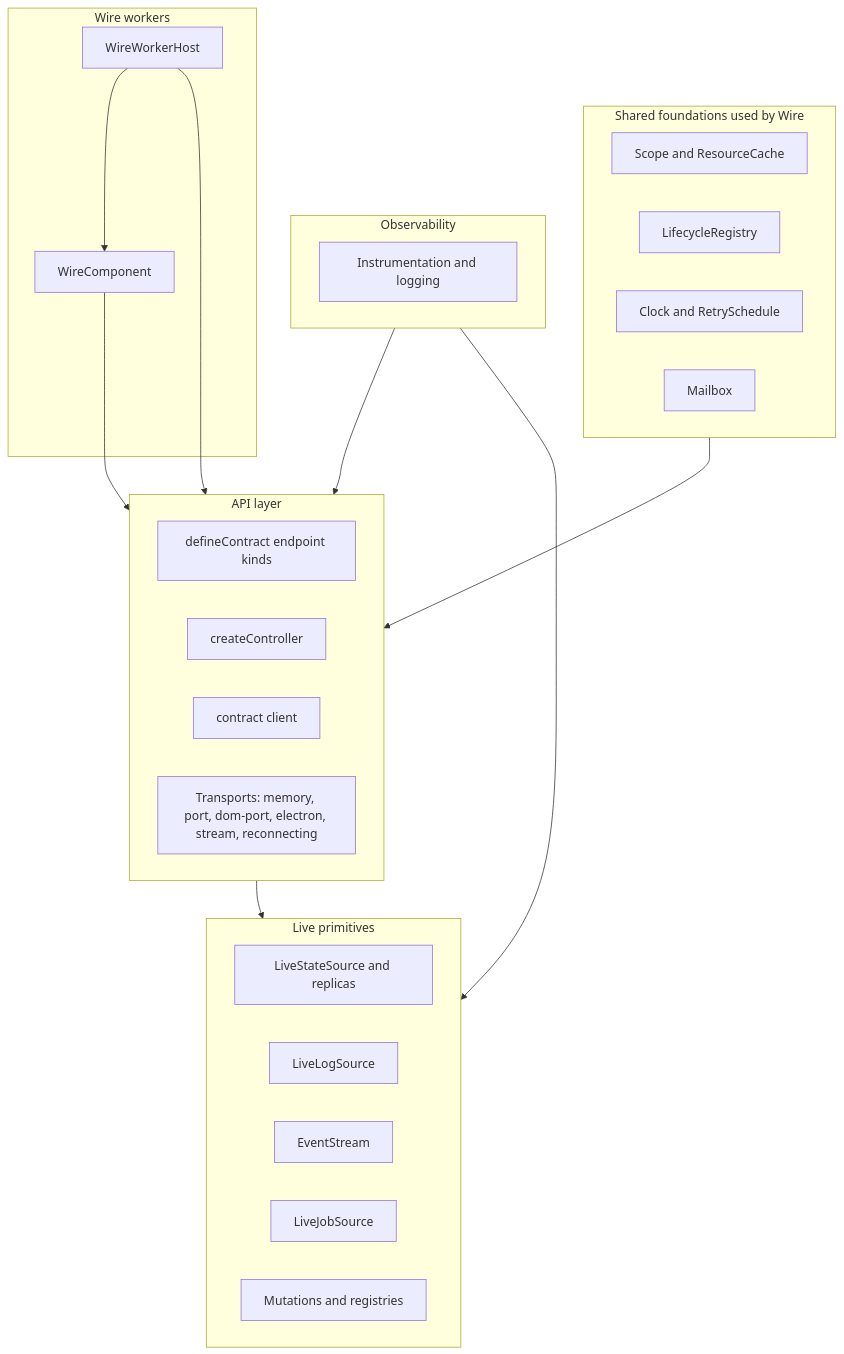
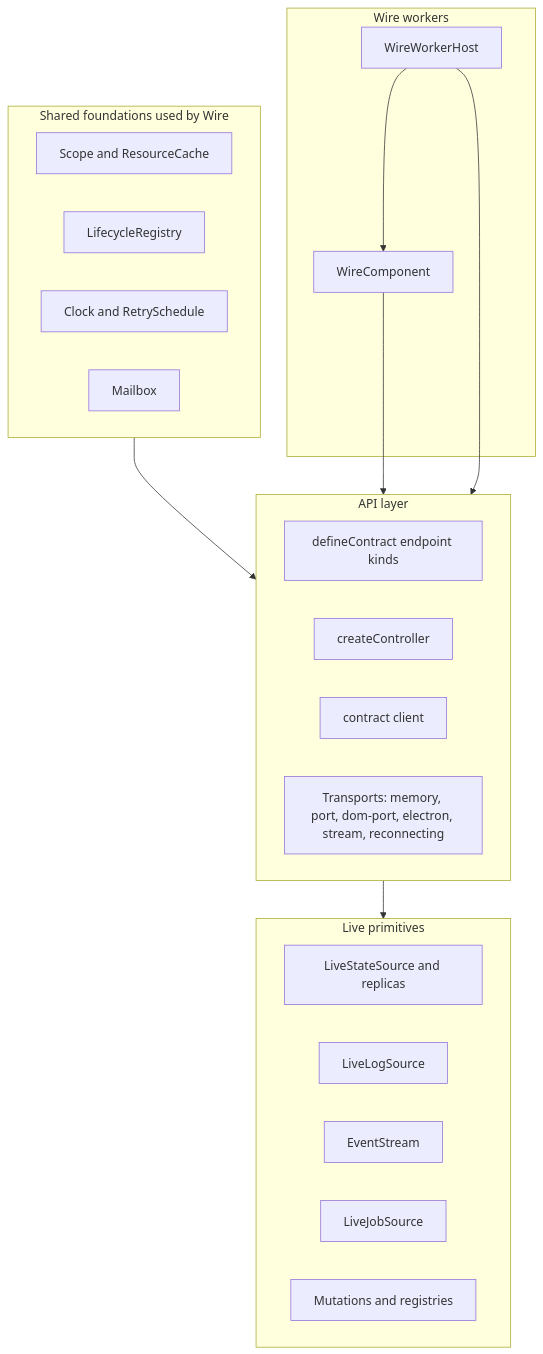
The diagram in packages/wire/docs/README.md (generalaction/emdash), drawn with Mermaid before and after one commit. The commit also changed other lines of this file and 29 other files, not shown here.

````diff
--- a/packages/wire/docs/README.md
+++ b/packages/wire/docs/README.md
@@ -10,35 +10,30 @@
 ```mermaid
 flowchart TB
   subgraph shared [Shared foundations used by Wire]
     scope[Scope and ResourceCache]
     registry[LifecycleRegistry]
     scheduling[Clock and RetrySchedule]
     mailbox[Mailbox]
   end
   subgraph api [API layer]
     contracts[defineContract endpoint kinds]
     controller[createController]
     client[contract client]
     transports[Transports: memory, port, dom-port, electron, stream, reconnecting]
   end
   subgraph live [Live primitives]
     model[LiveStateSource and replicas]
     log[LiveLogSource]
     eventStream[EventStream]
     job[LiveJobSource]
     mutations[Mutations and registries]
   end
-  subgraph observability [Observability]
-    instrumentation[Instrumentation and logging]
-  end
   subgraph workers [Wire workers]
     component[WireComponent]
     workerHost[WireWorkerHost]
   end
   shared --> api --> live
-  observability --> api
-  observability --> live
   component --> api
   workerHost --> api
   workerHost --> component
 ```
````
